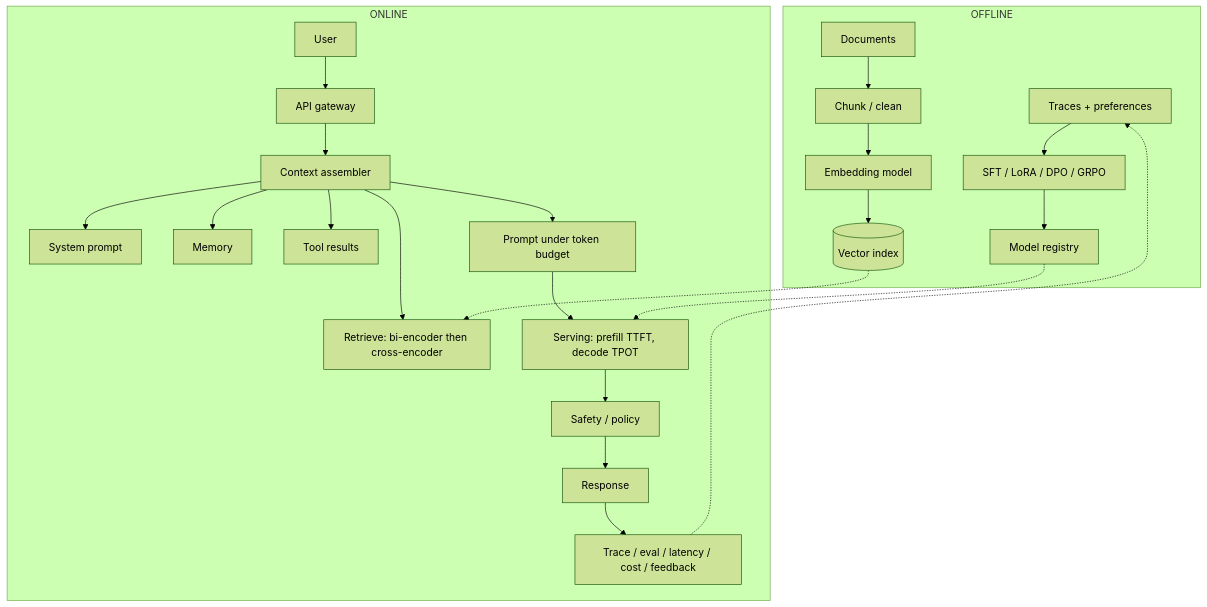
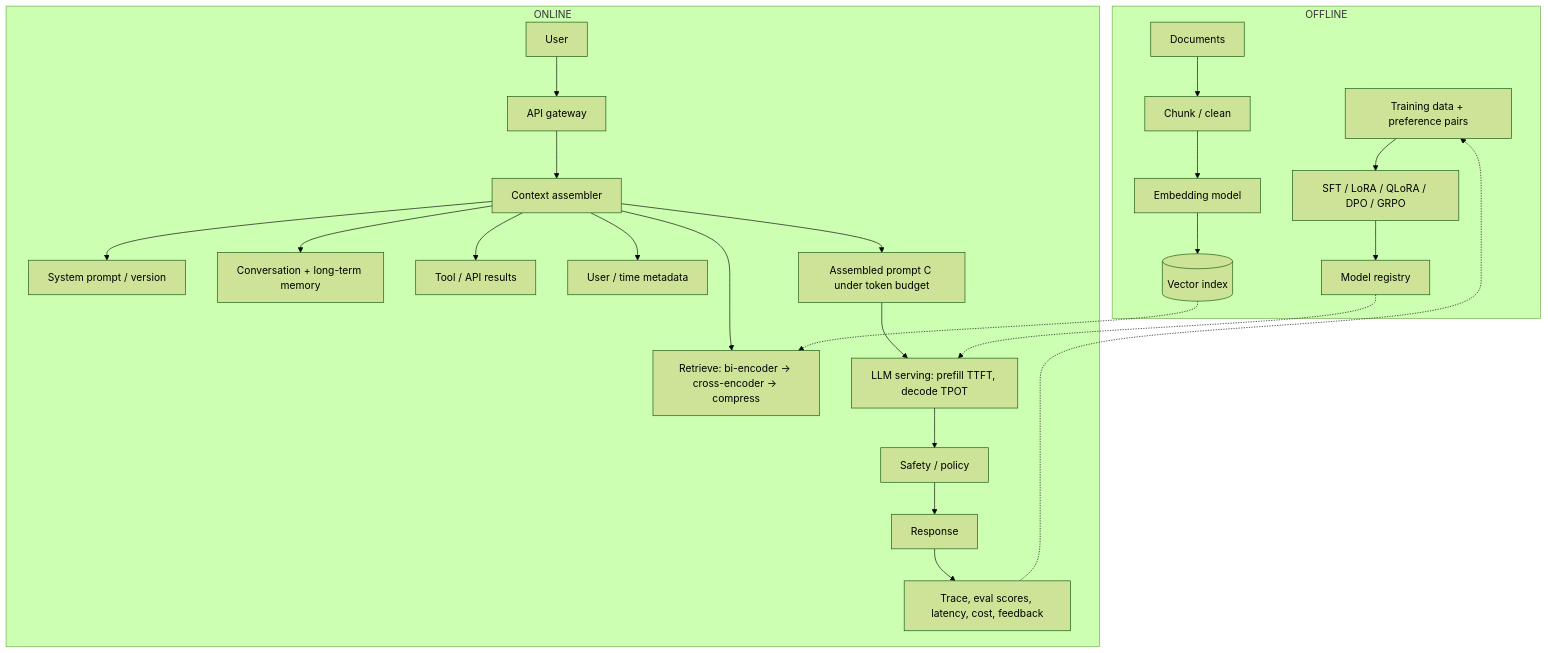
Before and after one commit to pnut2357/pnut2357.github.io: the first of 7 diagrams in _posts/2026-09-05-transformers-attention-is-all-you-need.md, drawn with Mermaid (forest theme). The commit also changed other lines of this file, not shown here.

````diff
--- a/_posts/2026-09-05-transformers-attention-is-all-you-need.md
+++ b/_posts/2026-09-05-transformers-attention-is-all-you-need.md
@@ -32,28 +36,29 @@
 ```mermaid
 flowchart TB
   subgraph offline ["OFFLINE"]
     docs["Documents"] --> chunk["Chunk / clean"]
     chunk --> embed["Embedding model"]
     embed --> vdb[("Vector index")]
-    traces["Traces + preferences"] --> adapt["SFT / LoRA / DPO / GRPO"]
+    traces["Training data + preference pairs"] --> adapt["SFT / LoRA / QLoRA / DPO / GRPO"]
     adapt --> reg["Model registry"]
   end
 
   subgraph online ["ONLINE"]
     user["User"] --> gw["API gateway"]
     gw --> asm["Context assembler"]
-    asm --> sys["System prompt"]
-    asm --> mem["Memory"]
-    asm --> ret["Retrieve: bi-encoder then cross-encoder"]
-    asm --> tools["Tool results"]
-    asm --> prompt["Prompt under token budget"]
-    prompt --> llm["Serving: prefill TTFT, decode TPOT"]
+    asm --> sys["System prompt / version"]
+    asm --> mem["Conversation + long-term memory"]
+    asm --> ret["Retrieve: bi-encoder → cross-encoder → compress"]
+    asm --> tools["Tool / API results"]
+    asm --> time["User / time metadata"]
+    asm --> prompt["Assembled prompt C under token budget"]
+    prompt --> llm["LLM serving: prefill TTFT, decode TPOT"]
     llm --> safe["Safety / policy"]
     safe --> out["Response"]
-    out --> obs["Trace / eval / latency / cost / feedback"]
+    out --> obs["Trace, eval scores, latency, cost, feedback"]
   end
 
   vdb -.-> ret
   reg -.-> llm
   obs -.-> traces
 ```
````
